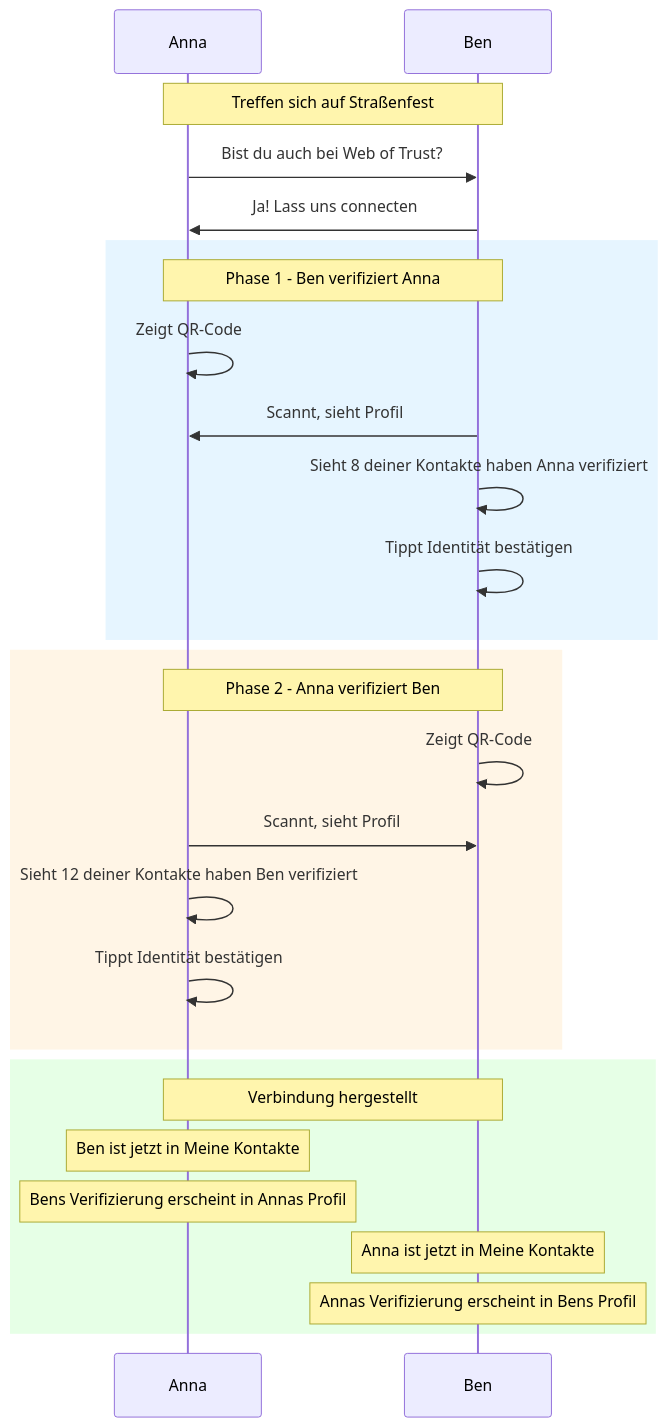
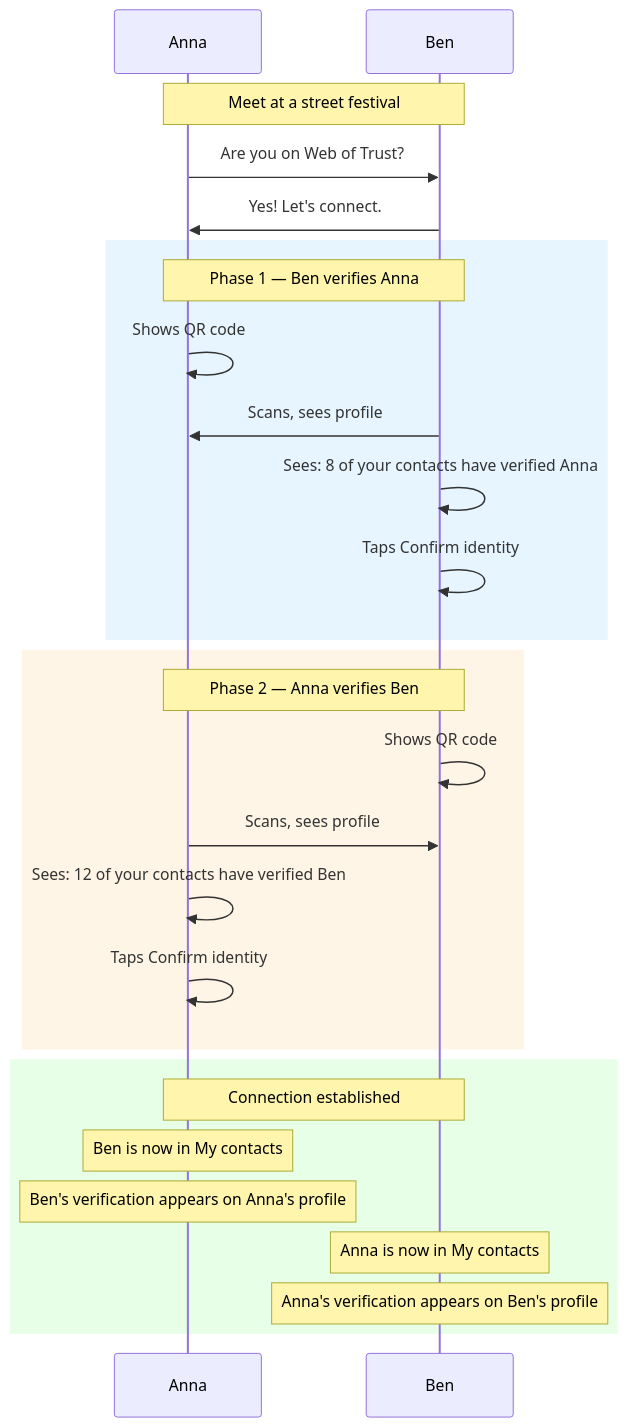
The first of 2 diagrams in docs/flows/02-verification-user.md (IT4Change/web-of-trust), drawn with Mermaid before and after one commit. The commit also changed other lines of this file and 6 other files, not shown here.

````diff
--- a/docs/flows/02-verification-user.md
+++ b/docs/flows/02-verification-user.md
@@ -7,34 +7,34 @@
 ```mermaid
 sequenceDiagram
     participant A as Anna
     participant B as Ben
 
-    Note over A,B: Treffen sich auf Straßenfest
+    Note over A,B: Meet at a street festival
 
-    A->>B: Bist du auch bei Web of Trust?
-    B->>A: Ja! Lass uns connecten
-    
+    A->>B: Are you on Web of Trust?
+    B->>A: Yes! Let's connect.
+
     rect rgb(230, 245, 255)
-        Note over A,B: Phase 1 - Ben verifiziert Anna
-        A->>A: Zeigt QR-Code
-        B->>A: Scannt, sieht Profil
-        B->>B: Sieht 8 deiner Kontakte haben Anna verifiziert
-        B->>B: Tippt Identität bestätigen
+        Note over A,B: Phase 1 — Ben verifies Anna
+        A->>A: Shows QR code
+        B->>A: Scans, sees profile
+        B->>B: Sees: 8 of your contacts have verified Anna
+        B->>B: Taps Confirm identity
     end
-    
+
     rect rgb(255, 245, 230)
-        Note over A,B: Phase 2 - Anna verifiziert Ben
-        B->>B: Zeigt QR-Code
-        A->>B: Scannt, sieht Profil
-        A->>A: Sieht 12 deiner Kontakte haben Ben verifiziert
-        A->>A: Tippt Identität bestätigen
+        Note over A,B: Phase 2 — Anna verifies Ben
+        B->>B: Shows QR code
+        A->>B: Scans, sees profile
+        A->>A: Sees: 12 of your contacts have verified Ben
+        A->>A: Taps Confirm identity
     end
-    
+
     rect rgb(230, 255, 230)
-        Note over A,B: Verbindung hergestellt
-        Note over A: Ben ist jetzt in Meine Kontakte
-        Note over A: Bens Verifizierung erscheint in Annas Profil
-        Note over B: Anna ist jetzt in Meine Kontakte
-        Note over B: Annas Verifizierung erscheint in Bens Profil
+        Note over A,B: Connection established
+        Note over A: Ben is now in My contacts
+        Note over A: Ben's verification appears on Anna's profile
+        Note over B: Anna is now in My contacts
+        Note over B: Anna's verification appears on Ben's profile
     end
 ```
````
